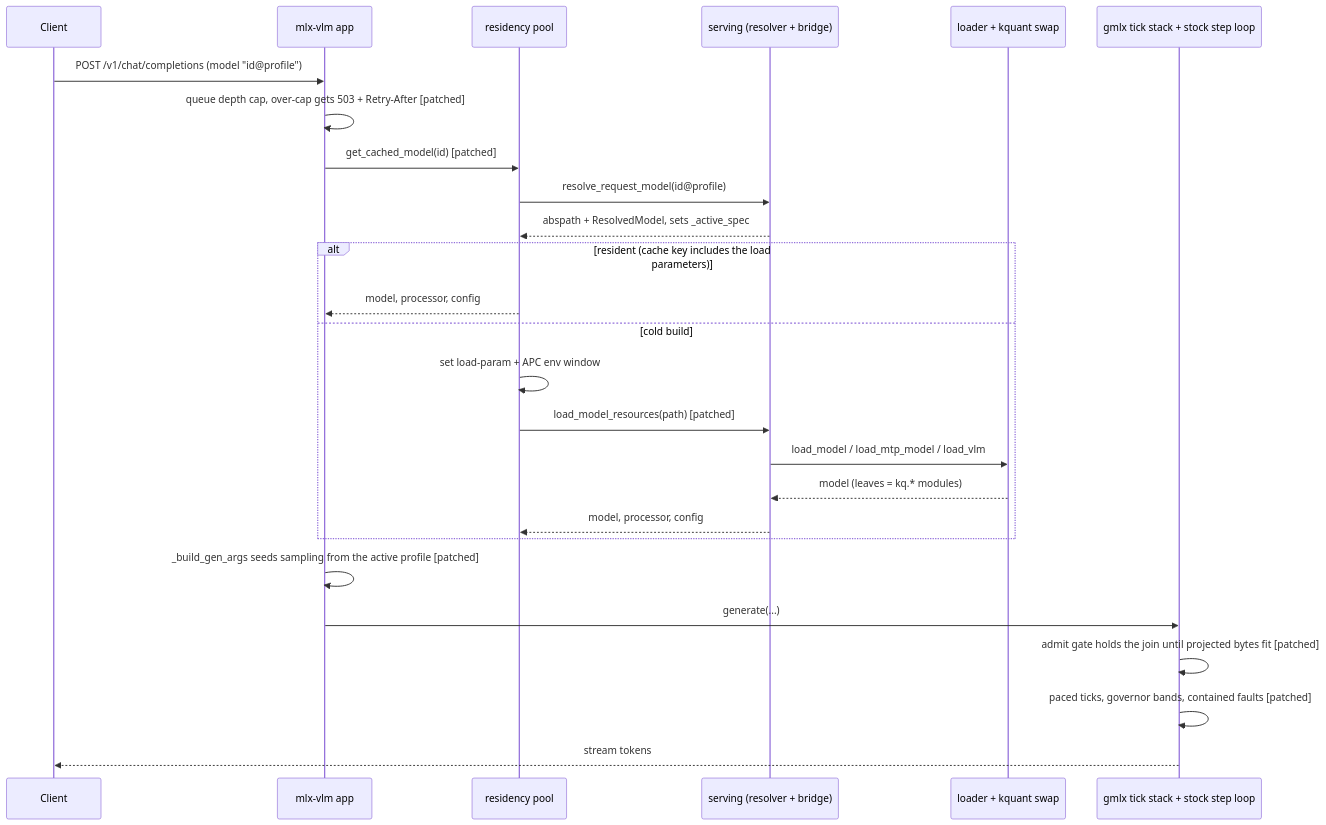
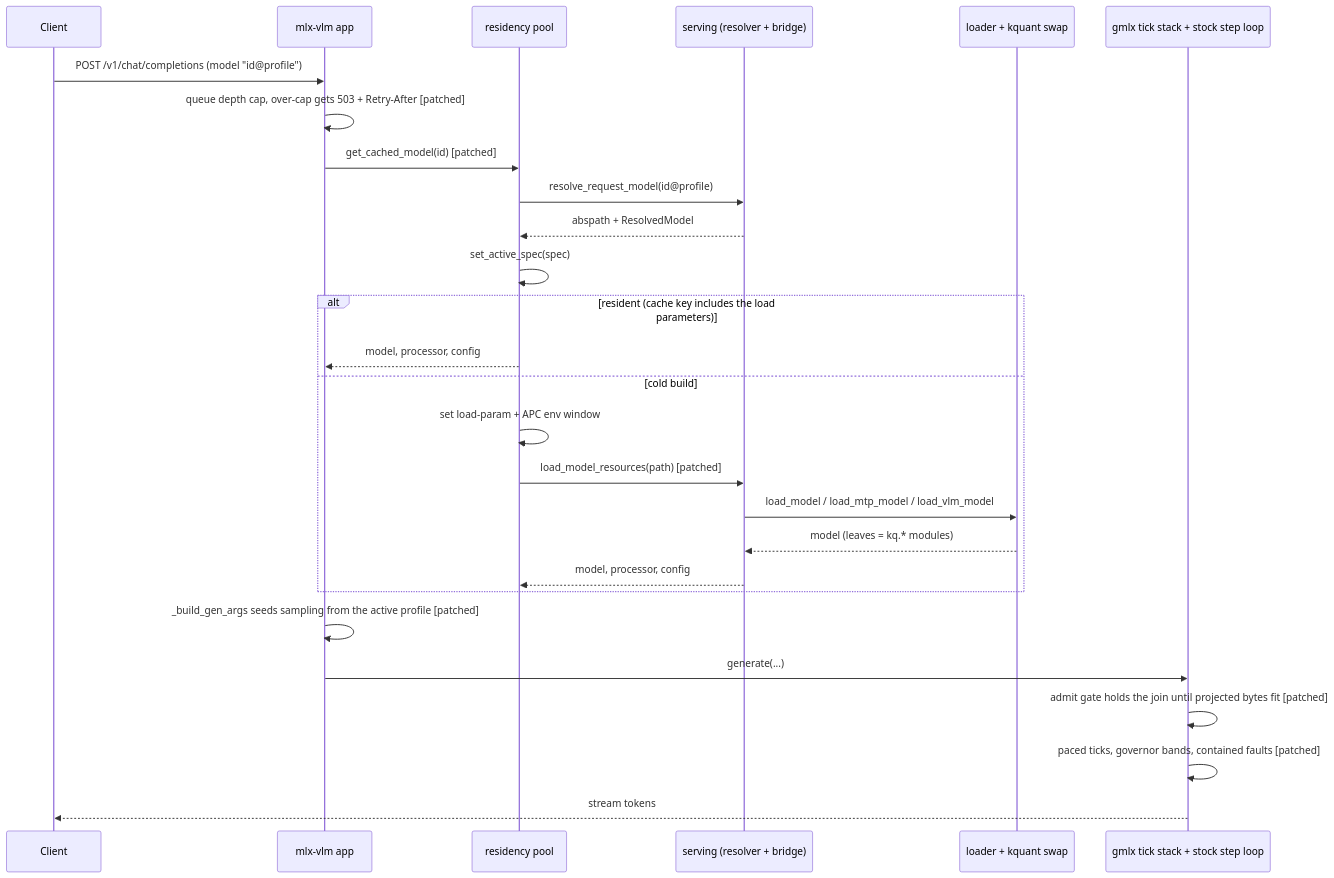
The diagram in docs/internals/serving-architecture.md (asher/gmlx), drawn with Mermaid before and after one commit. The commit also changed other lines of this file and 15 other files, not shown here.

````diff
--- a/docs/internals/serving-architecture.md
+++ b/docs/internals/serving-architecture.md
@@ -198,28 +32,29 @@
 ```mermaid
 sequenceDiagram
   participant C as Client
   participant A as mlx-vlm app
   participant R as residency pool
   participant S as serving (resolver + bridge)
   participant L as loader + kquant swap
   participant E as gmlx tick stack + stock step loop
   C->>A: POST /v1/chat/completions (model "id@profile")
   A->>A: queue depth cap, over-cap gets 503 + Retry-After   [patched]
   A->>R: get_cached_model(id)   [patched]
   R->>S: resolve_request_model(id@profile)
-  S-->>R: abspath + ResolvedModel, sets _active_spec
+  S-->>R: abspath + ResolvedModel
+  R->>R: set_active_spec(spec)
   alt resident (cache key includes the load parameters)
     R-->>A: model, processor, config
   else cold build
     R->>R: set load-param + APC env window
     R->>S: load_model_resources(path)   [patched]
-    S->>L: load_model / load_mtp_model / load_vlm
+    S->>L: load_model / load_mtp_model / load_vlm_model
     L-->>S: model (leaves = kq.* modules)
     S-->>R: model, processor, config
   end
   A->>A: _build_gen_args seeds sampling from the active profile   [patched]
   A->>E: generate(...)
   E->>E: admit gate holds the join until projected bytes fit   [patched]
   E->>E: paced ticks, governor bands, contained faults   [patched]
   E-->>C: stream tokens
 ```
````
